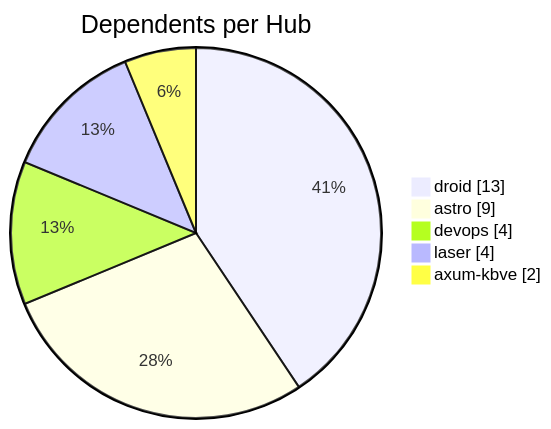
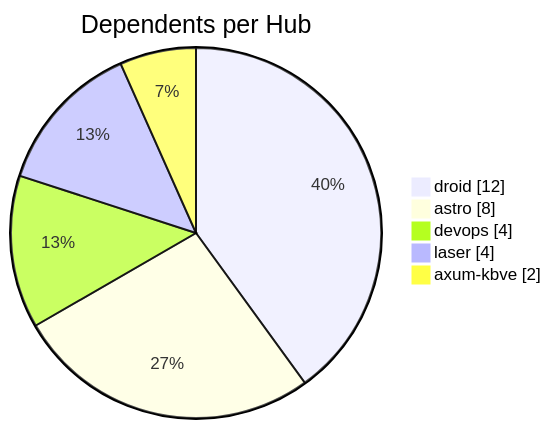
Before and after one commit to KBVE/kbve: the second of 3 diagrams in apps/kbve/astro-kbve/src/content/docs/dashboard/graph.mdx, drawn with Mermaid. The commit also changed other lines of this file and 8 other files, not shown here.

````diff
--- a/apps/kbve/astro-kbve/src/content/docs/dashboard/graph.mdx
+++ b/apps/kbve/astro-kbve/src/content/docs/dashboard/graph.mdx
@@ -66,9 +66,9 @@
 ```mermaid
 pie showData
     title Dependents per Hub
-    "droid" : 13
-    "astro" : 9
+    "droid" : 12
+    "astro" : 8
     "devops" : 4
     "laser" : 4
     "axum-kbve" : 2
 ```
````
